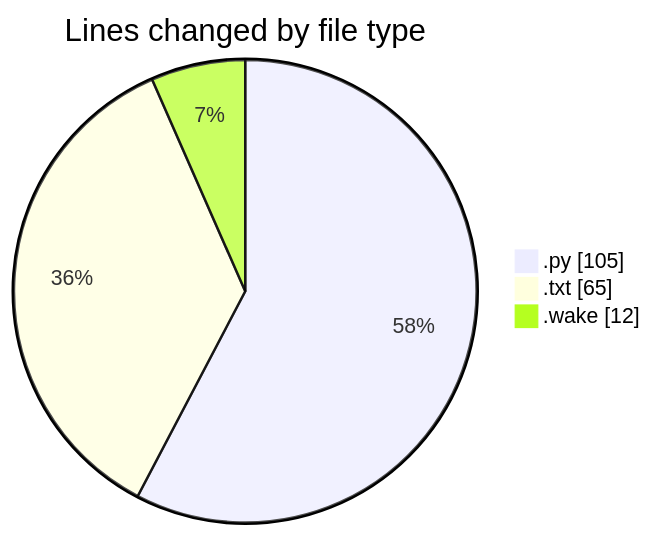
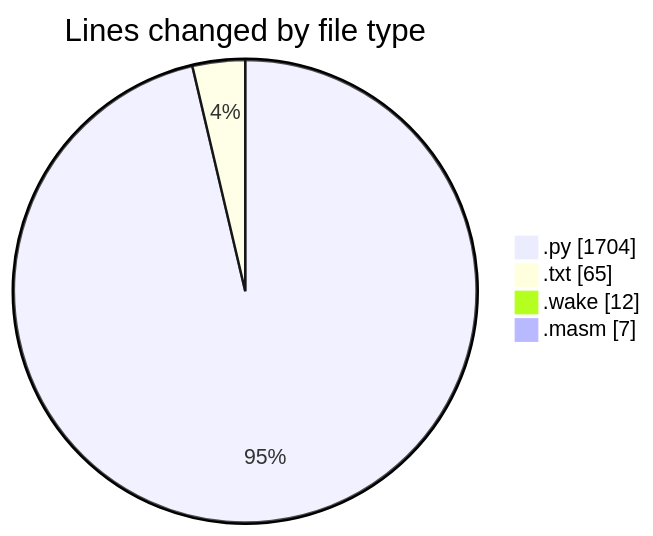
The first of 2 diagrams in 2025-04-29/wake-lang/README.md (charlie-sans/code-tracking), drawn with Mermaid before and after one commit. The commit also changed other lines of this file and 1 other file, not shown here.

````diff
--- a/2025-04-29/wake-lang/README.md
+++ b/2025-04-29/wake-lang/README.md
@@ -23,7 +26,8 @@
 ```mermaid
 pie showData
 title Lines changed by file type
-".py" : 105
+".py" : 1704
 ".txt" : 65
 ".wake" : 12
+".masm" : 7
 ```
````
